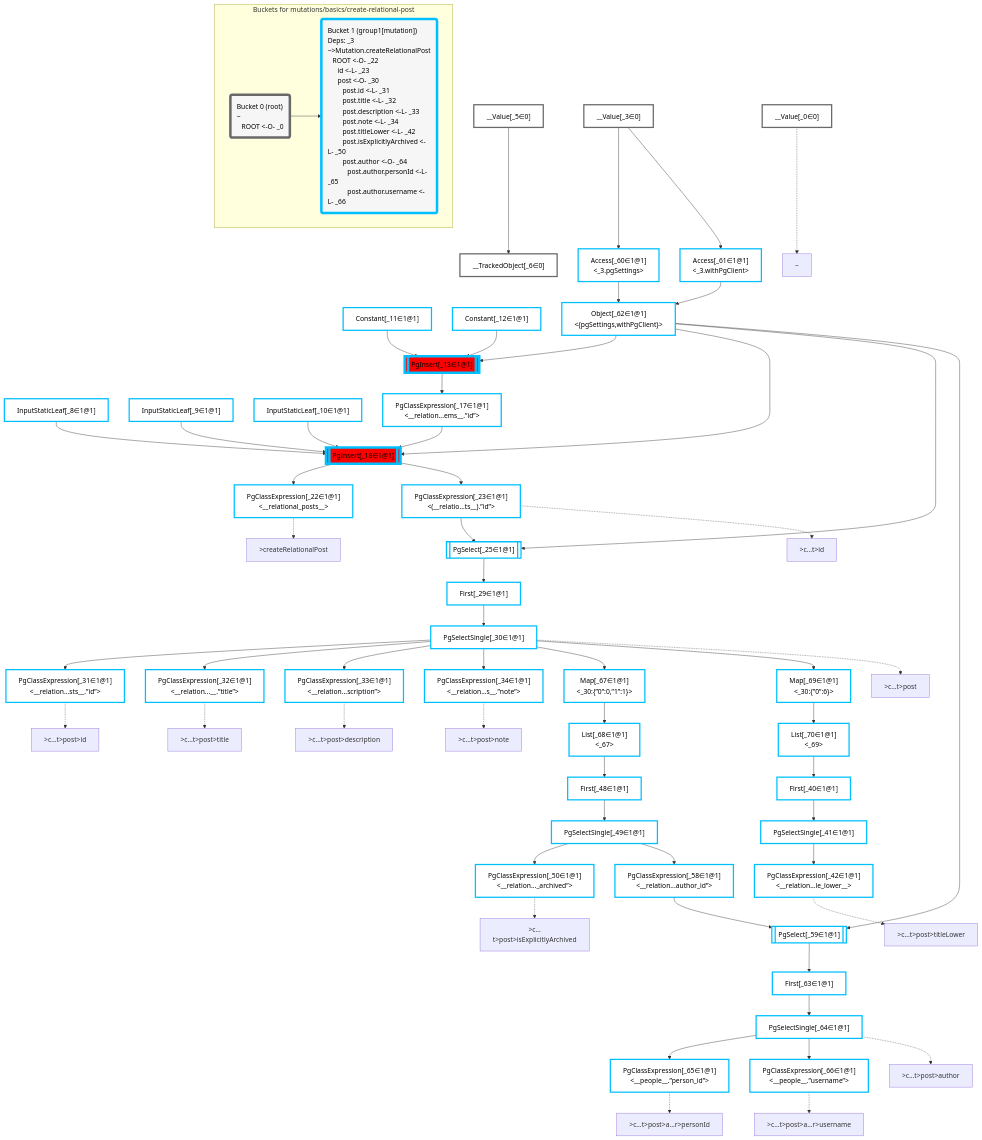
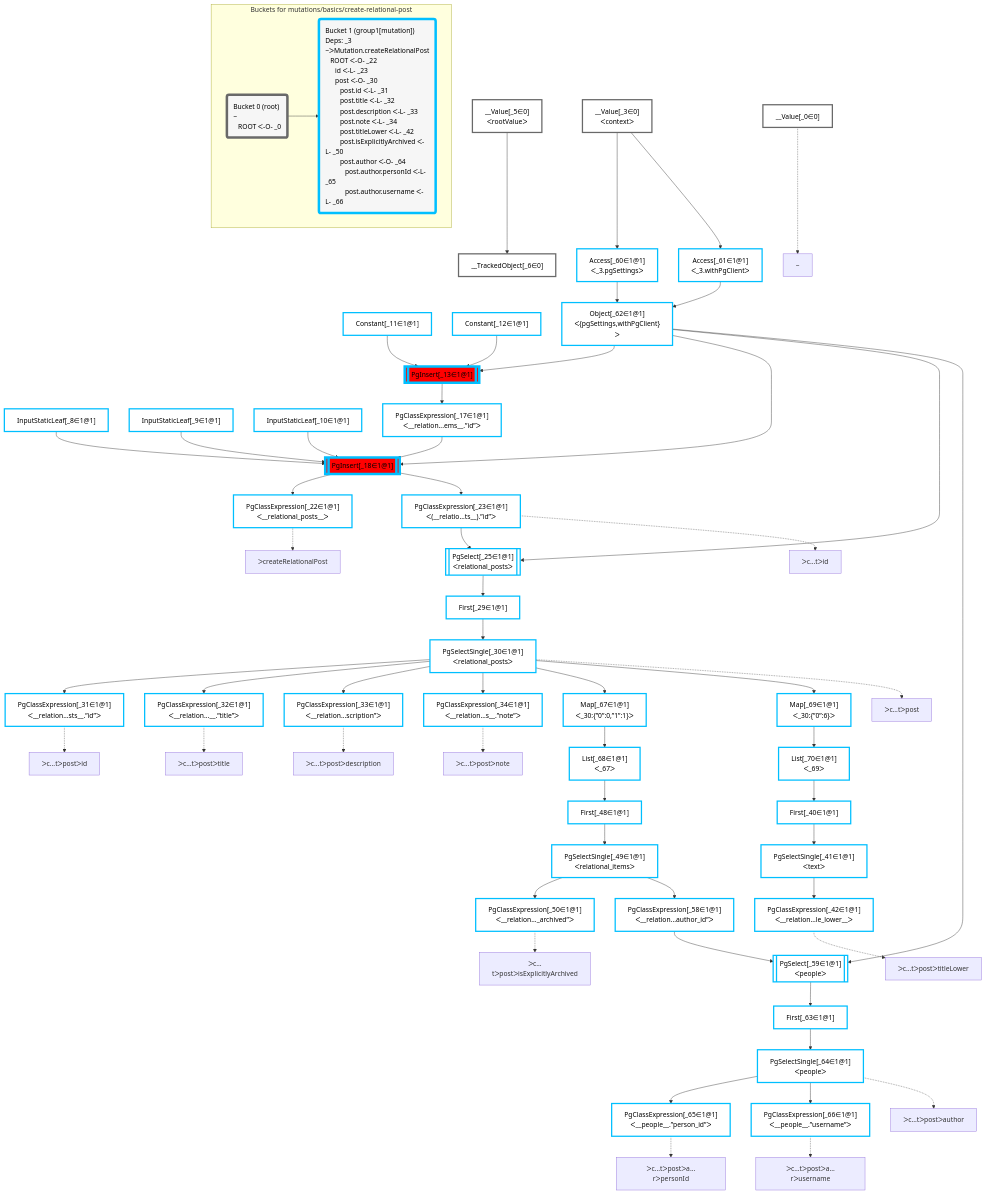
The diagram in packages/dataplan-pg/__tests__/mutations/basics/create-relational-post.deopt.mermaid.md (graphile/crystal), drawn with Mermaid before and after one commit. The commit also changed 195 other files, not shown here.

```diff
--- a/packages/dataplan-pg/__tests__/mutations/basics/create-relational-post.deopt.mermaid.md
+++ b/packages/dataplan-pg/__tests__/mutations/basics/create-relational-post.deopt.mermaid.md
@@ -9,8 +9,8 @@
 
     %% define plans
     __Value_0["__Value[_0∈0]"]:::plan
-    __Value_3["__Value[_3∈0]<br /><context>"]:::plan
-    __Value_5["__Value[_5∈0]<br /><rootValue>"]:::plan
+    __Value_3["__Value[_3∈0]<br />ᐸcontextᐳ"]:::plan
+    __Value_5["__Value[_5∈0]<br />ᐸrootValueᐳ"]:::plan
     __TrackedObject_6["__TrackedObject[_6∈0]"]:::plan
     InputStaticLeaf_8["InputStaticLeaf[_8∈1@1]"]:::plan
     InputStaticLeaf_9["InputStaticLeaf[_9∈1@1]"]:::plan
@@ -18,36 +18,36 @@
     Constant_11["Constant[_11∈1@1]"]:::plan
     Constant_12["Constant[_12∈1@1]"]:::plan
     PgInsert_13[["PgInsert[_13∈1@1]"]]:::sideeffectplan
-    PgClassExpression_17["PgClassExpression[_17∈1@1]<br /><__relation...ems__.”id”>"]:::plan
+    PgClassExpression_17["PgClassExpression[_17∈1@1]<br />ᐸ__relation...ems__.”id”ᐳ"]:::plan
     PgInsert_18[["PgInsert[_18∈1@1]"]]:::sideeffectplan
-    PgClassExpression_22["PgClassExpression[_22∈1@1]<br /><__relational_posts__>"]:::plan
-    PgClassExpression_23["PgClassExpression[_23∈1@1]<br /><(__relatio...ts__).”id”>"]:::plan
-    PgSelect_25[["PgSelect[_25∈1@1]<br /><relational_posts>"]]:::plan
+    PgClassExpression_22["PgClassExpression[_22∈1@1]<br />ᐸ__relational_posts__ᐳ"]:::plan
+    PgClassExpression_23["PgClassExpression[_23∈1@1]<br />ᐸ(__relatio...ts__).”id”ᐳ"]:::plan
+    PgSelect_25[["PgSelect[_25∈1@1]<br />ᐸrelational_postsᐳ"]]:::plan
     First_29["First[_29∈1@1]"]:::plan
-    PgSelectSingle_30["PgSelectSingle[_30∈1@1]<br /><relational_posts>"]:::plan
-    PgClassExpression_31["PgClassExpression[_31∈1@1]<br /><__relation...sts__.”id”>"]:::plan
-    PgClassExpression_32["PgClassExpression[_32∈1@1]<br /><__relation...__.”title”>"]:::plan
-    PgClassExpression_33["PgClassExpression[_33∈1@1]<br /><__relation...scription”>"]:::plan
-    PgClassExpression_34["PgClassExpression[_34∈1@1]<br /><__relation...s__.”note”>"]:::plan
+    PgSelectSingle_30["PgSelectSingle[_30∈1@1]<br />ᐸrelational_postsᐳ"]:::plan
+    PgClassExpression_31["PgClassExpression[_31∈1@1]<br />ᐸ__relation...sts__.”id”ᐳ"]:::plan
+    PgClassExpression_32["PgClassExpression[_32∈1@1]<br />ᐸ__relation...__.”title”ᐳ"]:::plan
+    PgClassExpression_33["PgClassExpression[_33∈1@1]<br />ᐸ__relation...scription”ᐳ"]:::plan
+    PgClassExpression_34["PgClassExpression[_34∈1@1]<br />ᐸ__relation...s__.”note”ᐳ"]:::plan
     First_40["First[_40∈1@1]"]:::plan
-    PgSelectSingle_41["PgSelectSingle[_41∈1@1]<br /><text>"]:::plan
-    PgClassExpression_42["PgClassExpression[_42∈1@1]<br /><__relation...le_lower__>"]:::plan
+    PgSelectSingle_41["PgSelectSingle[_41∈1@1]<br />ᐸtextᐳ"]:::plan
+    PgClassExpression_42["PgClassExpression[_42∈1@1]<br />ᐸ__relation...le_lower__ᐳ"]:::plan
     First_48["First[_48∈1@1]"]:::plan
-    PgSelectSingle_49["PgSelectSingle[_49∈1@1]<br /><relational_items>"]:::plan
-    PgClassExpression_50["PgClassExpression[_50∈1@1]<br /><__relation..._archived”>"]:::plan
-    PgClassExpression_58["PgClassExpression[_58∈1@1]<br /><__relation...author_id”>"]:::plan
-    PgSelect_59[["PgSelect[_59∈1@1]<br /><people>"]]:::plan
-    Access_60["Access[_60∈1@1]<br /><_3.pgSettings>"]:::plan
-    Access_61["Access[_61∈1@1]<br /><_3.withPgClient>"]:::plan
-    Object_62["Object[_62∈1@1]<br /><{pgSettings,withPgClient}>"]:::plan
+    PgSelectSingle_49["PgSelectSingle[_49∈1@1]<br />ᐸrelational_itemsᐳ"]:::plan
+    PgClassExpression_50["PgClassExpression[_50∈1@1]<br />ᐸ__relation..._archived”ᐳ"]:::plan
+    PgClassExpression_58["PgClassExpression[_58∈1@1]<br />ᐸ__relation...author_id”ᐳ"]:::plan
+    PgSelect_59[["PgSelect[_59∈1@1]<br />ᐸpeopleᐳ"]]:::plan
+    Access_60["Access[_60∈1@1]<br />ᐸ_3.pgSettingsᐳ"]:::plan
+    Access_61["Access[_61∈1@1]<br />ᐸ_3.withPgClientᐳ"]:::plan
+    Object_62["Object[_62∈1@1]<br />ᐸ{pgSettings,withPgClient}ᐳ"]:::plan
     First_63["First[_63∈1@1]"]:::plan
-    PgSelectSingle_64["PgSelectSingle[_64∈1@1]<br /><people>"]:::plan
-    PgClassExpression_65["PgClassExpression[_65∈1@1]<br /><__people__.”person_id”>"]:::plan
-    PgClassExpression_66["PgClassExpression[_66∈1@1]<br /><__people__.”username”>"]:::plan
-    Map_67["Map[_67∈1@1]<br /><_30:{”0”:0,”1”:1}>"]:::plan
-    List_68["List[_68∈1@1]<br /><_67>"]:::plan
-    Map_69["Map[_69∈1@1]<br /><_30:{”0”:6}>"]:::plan
-    List_70["List[_70∈1@1]<br /><_69>"]:::plan
+    PgSelectSingle_64["PgSelectSingle[_64∈1@1]<br />ᐸpeopleᐳ"]:::plan
+    PgClassExpression_65["PgClassExpression[_65∈1@1]<br />ᐸ__people__.”person_id”ᐳ"]:::plan
+    PgClassExpression_66["PgClassExpression[_66∈1@1]<br />ᐸ__people__.”username”ᐳ"]:::plan
+    Map_67["Map[_67∈1@1]<br />ᐸ_30:{”0”:0,”1”:1}ᐳ"]:::plan
+    List_68["List[_68∈1@1]<br />ᐸ_67ᐳ"]:::plan
+    Map_69["Map[_69∈1@1]<br />ᐸ_30:{”0”:6}ᐳ"]:::plan
+    List_70["List[_70∈1@1]<br />ᐸ_69ᐳ"]:::plan
 
     %% plan dependencies
     __Value_5 --> __TrackedObject_6
@@ -95,29 +95,29 @@
     %% plan-to-path relationships
     P_0["~"]
     __Value_0 -.-> P_0
-    P_22[">createRelationalPost"]
+    P_22["ᐳcreateRelationalPost"]
     PgClassExpression_22 -.-> P_22
-    P_23[">c…t>id"]
+    P_23["ᐳc…tᐳid"]
     PgClassExpression_23 -.-> P_23
-    P_30[">c…t>post"]
+    P_30["ᐳc…tᐳpost"]
     PgSelectSingle_30 -.-> P_30
-    P_31[">c…t>post>id"]
+    P_31["ᐳc…tᐳpostᐳid"]
     PgClassExpression_31 -.-> P_31
-    P_32[">c…t>post>title"]
+    P_32["ᐳc…tᐳpostᐳtitle"]
     PgClassExpression_32 -.-> P_32
-    P_33[">c…t>post>description"]
+    P_33["ᐳc…tᐳpostᐳdescription"]
     PgClassExpression_33 -.-> P_33
-    P_34[">c…t>post>note"]
+    P_34["ᐳc…tᐳpostᐳnote"]
     PgClassExpression_34 -.-> P_34
-    P_42[">c…t>post>titleLower"]
+    P_42["ᐳc…tᐳpostᐳtitleLower"]
     PgClassExpression_42 -.-> P_42
-    P_50[">c…t>post>isExplicitlyArchived"]
+    P_50["ᐳc…tᐳpostᐳisExplicitlyArchived"]
     PgClassExpression_50 -.-> P_50
-    P_64[">c…t>post>author"]
+    P_64["ᐳc…tᐳpostᐳauthor"]
     PgSelectSingle_64 -.-> P_64
-    P_65[">c…t>post>a…r>personId"]
+    P_65["ᐳc…tᐳpostᐳa…rᐳpersonId"]
     PgClassExpression_65 -.-> P_65
-    P_66[">c…t>post>a…r>username"]
+    P_66["ᐳc…tᐳpostᐳa…rᐳusername"]
     PgClassExpression_66 -.-> P_66
 
     %% allocate buckets
@@ -127,9 +127,9 @@
     class InputStaticLeaf_8,InputStaticLeaf_9,InputStaticLeaf_10,Constant_11,Constant_12,PgInsert_13,PgClassExpression_17,PgInsert_18,PgClassExpression_22,PgClassExpression_23,PgSelect_25,First_29,PgSelectSingle_30,PgClassExpression_31,PgClassExpression_32,PgClassExpression_33,PgClassExpression_34,First_40,PgSelectSingle_41,PgClassExpression_42,First_48,PgSelectSingle_49,PgClassExpression_50,PgClassExpression_58,PgSelect_59,Access_60,Access_61,Object_62,First_63,PgSelectSingle_64,PgClassExpression_65,PgClassExpression_66,Map_67,List_68,Map_69,List_70 bucket1
 
     subgraph "Buckets for mutations/basics/create-relational-post"
-    Bucket0("Bucket 0 (root)<br />~<br />⠀ROOT <-O- _0"):::bucket
+    Bucket0("Bucket 0 (root)<br />~<br />⠀ROOT ᐸ-O- _0"):::bucket
     style Bucket0 stroke:#696969
-    Bucket1("Bucket 1 (group1[mutation])<br />Deps: _3<br />~>Mutation.createRelationalPost<br />⠀ROOT <-O- _22<br />⠀⠀id <-L- _23<br />⠀⠀post <-O- _30<br />⠀⠀⠀post.id <-L- _31<br />⠀⠀⠀post.title <-L- _32<br />⠀⠀⠀post.description <-L- _33<br />⠀⠀⠀post.note <-L- _34<br />⠀⠀⠀post.titleLower <-L- _42<br />⠀⠀⠀post.isExplicitlyArchived <-L- _50<br />⠀⠀⠀post.author <-O- _64<br />⠀⠀⠀⠀post.author.personId <-L- _65<br />⠀⠀⠀⠀post.author.username <-L- _66"):::bucket
+    Bucket1("Bucket 1 (group1[mutation])<br />Deps: _3<br />~ᐳMutation.createRelationalPost<br />⠀ROOT ᐸ-O- _22<br />⠀⠀id ᐸ-L- _23<br />⠀⠀post ᐸ-O- _30<br />⠀⠀⠀post.id ᐸ-L- _31<br />⠀⠀⠀post.title ᐸ-L- _32<br />⠀⠀⠀post.description ᐸ-L- _33<br />⠀⠀⠀post.note ᐸ-L- _34<br />⠀⠀⠀post.titleLower ᐸ-L- _42<br />⠀⠀⠀post.isExplicitlyArchived ᐸ-L- _50<br />⠀⠀⠀post.author ᐸ-O- _64<br />⠀⠀⠀⠀post.author.personId ᐸ-L- _65<br />⠀⠀⠀⠀post.author.username ᐸ-L- _66"):::bucket
     style Bucket1 stroke:#00bfff
     Bucket0 --> Bucket1
     end
```
